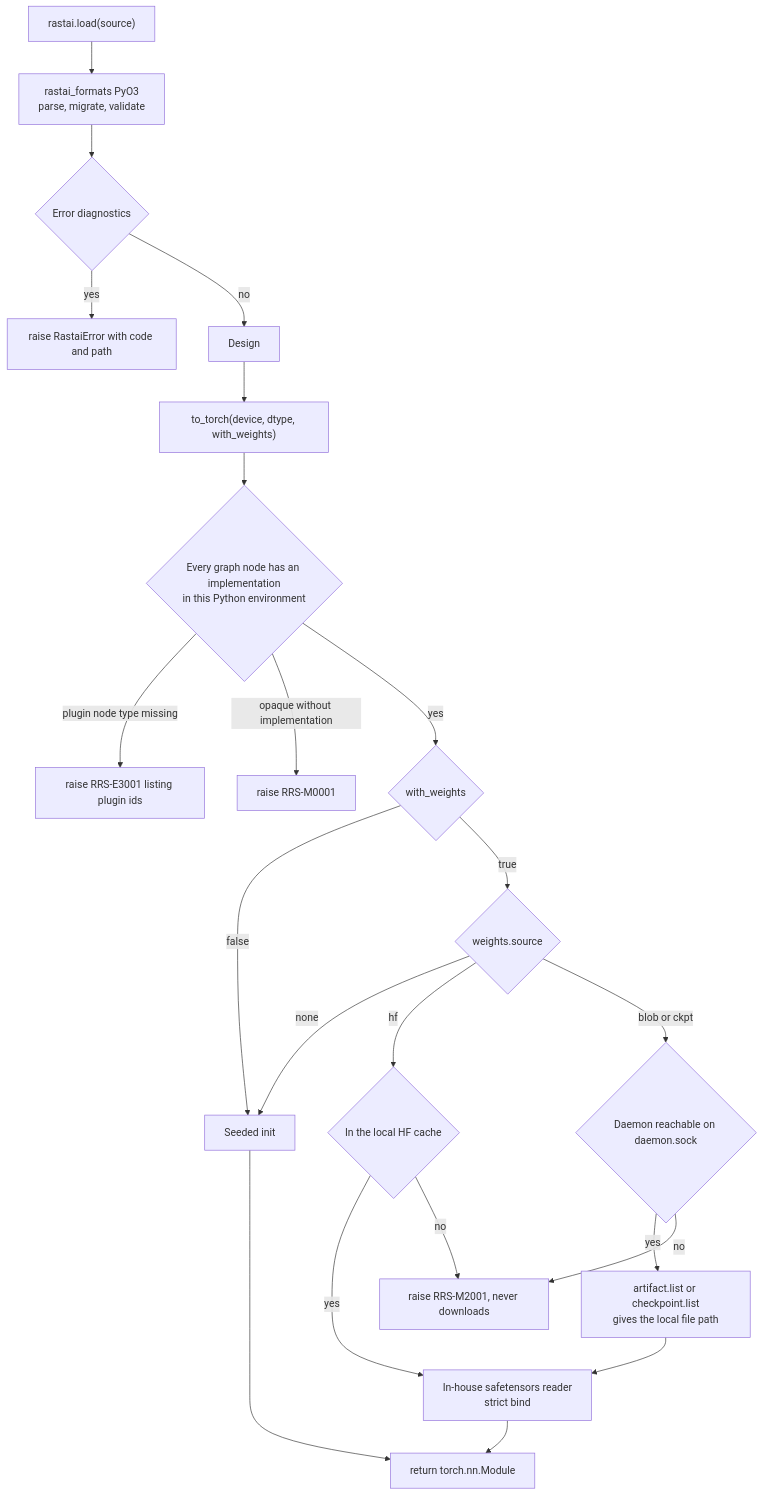
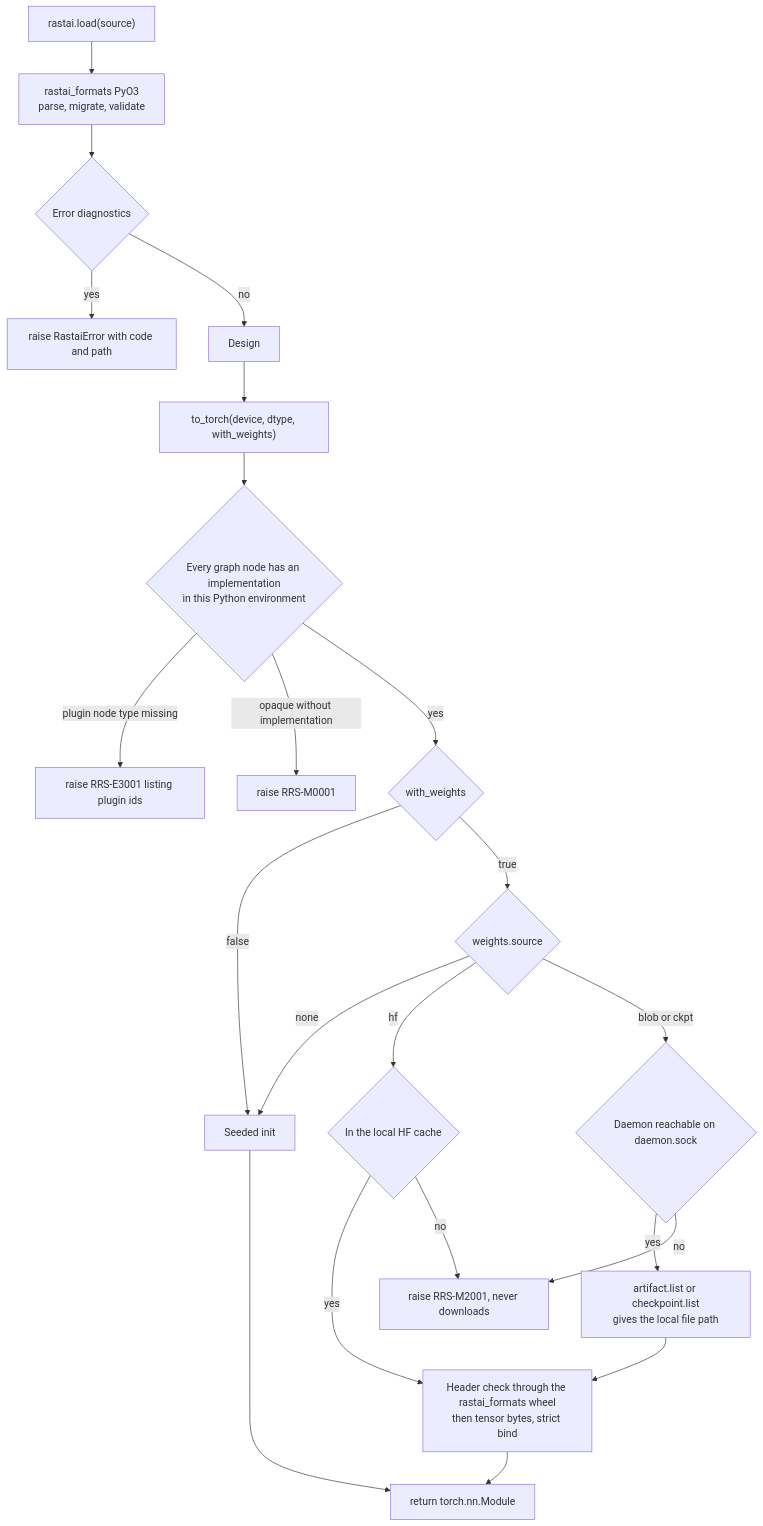
One commit to Snubiss/RASTAI-Research-Studio changed the ninth of 32 diagrams in docs/architecture/flows/designer-gym-remote.md. Above: the diagram before and after it, drawn with Mermaid. The commit also changed other lines of this file and 44 other files, not shown here.

````diff
--- a/docs/architecture/flows/designer-gym-remote.md
+++ b/docs/architecture/flows/designer-gym-remote.md
@@ -473,24 +497,24 @@
 ```mermaid
 flowchart TD
   CALL["rastai.load(source)"] --> PARSE["rastai_formats PyO3<br/>parse, migrate, validate"]
   PARSE --> PERR{"Error diagnostics"}
   PERR -->|"yes"| RAISE1["raise RastaiError with code and path"]
   PERR -->|"no"| DESIGN["Design"]
   DESIGN --> TT["to_torch(device, dtype, with_weights)"]
   TT --> NODES{"Every graph node has an implementation<br/>in this Python environment"}
   NODES -->|"plugin node type missing"| RAISE2["raise RRS-E3001 listing plugin ids"]
   NODES -->|"opaque without implementation"| RAISE3["raise RRS-M0001"]
   NODES -->|"yes"| WANT{"with_weights"}
   WANT -->|"false"| INIT["Seeded init"]
   WANT -->|"true"| SRC{"weights.source"}
   SRC -->|"none"| INIT
   SRC -->|"hf"| HFC{"In the local HF cache"}
   SRC -->|"blob or ckpt"| DMN{"Daemon reachable on daemon.sock"}
-  HFC -->|"yes"| LOAD["In-house safetensors reader<br/>strict bind"]
+  HFC -->|"yes"| LOAD["Header check through the rastai_formats wheel<br/>then tensor bytes, strict bind"]
   HFC -->|"no"| RAISE4["raise RRS-M2001, never downloads"]
   DMN -->|"yes"| PATH["artifact.list or checkpoint.list<br/>gives the local file path"]
   DMN -->|"no"| RAISE4
   PATH --> LOAD
   LOAD --> MOD["return torch.nn.Module"]
   INIT --> MOD
 ```
````
